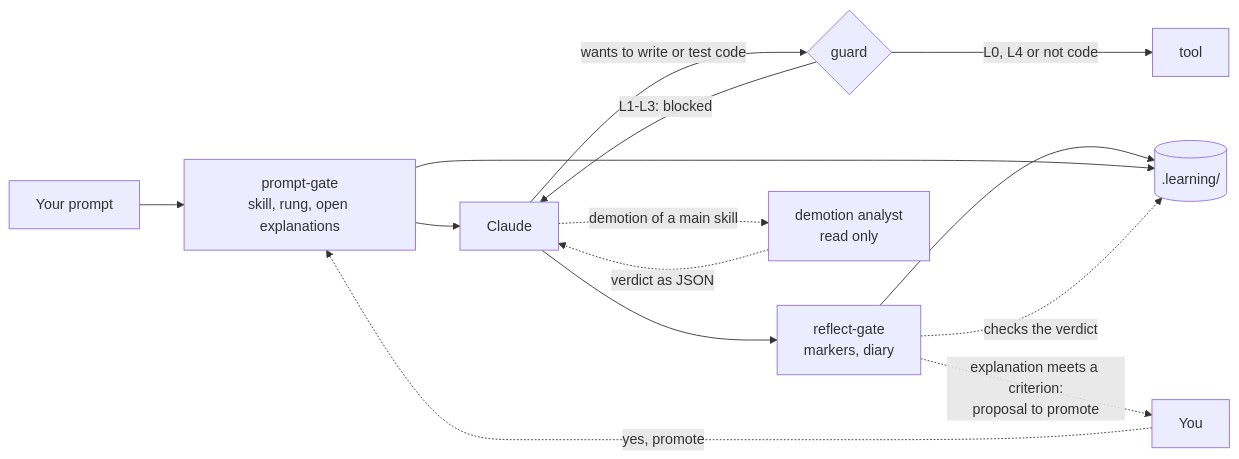
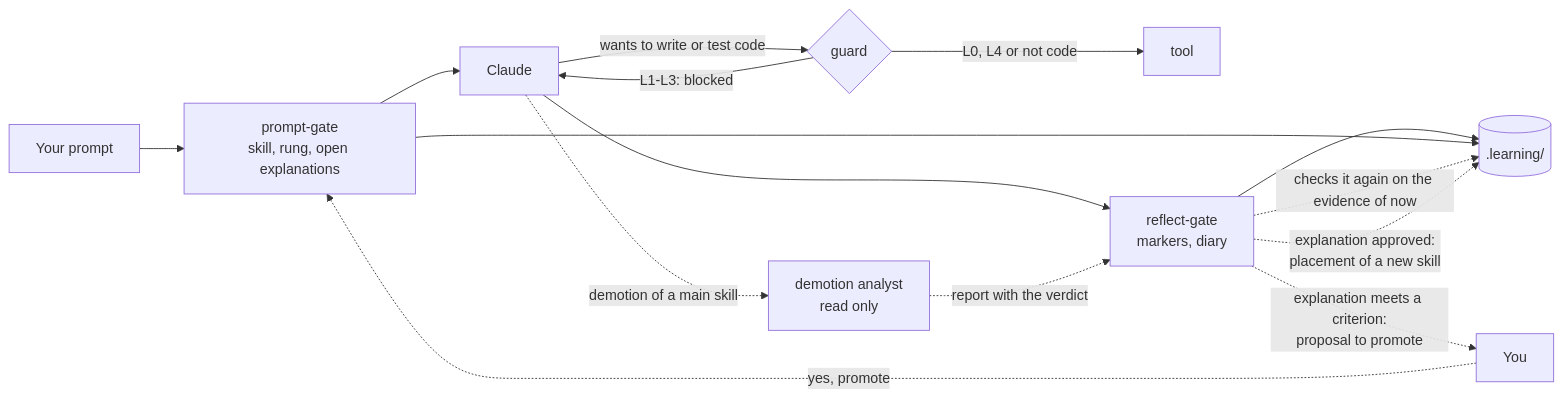
Before and after one commit to piethanegraaf/piethanegraaf.github.io: the diagram in docs/en/how-it-works.md, drawn with Mermaid. The commit also changed other lines of this file and 9 other files, not shown here.

````diff
--- a/docs/en/how-it-works.md
+++ b/docs/en/how-it-works.md
@@ -9,16 +9,17 @@
 ```mermaid
 flowchart LR
   P[Your prompt] --> G1[prompt-gate<br/>skill, rung, open explanations]
   G1 --> C[Claude]
   C -->|wants to write or test code| G2{guard}
   G2 -->|L1-L3: blocked| C
   G2 -->|L0, L4 or not code| T[tool]
   C --> S[reflect-gate<br/>markers, diary]
   S --> R[(.learning/)]
   G1 --> R
   C -.->|demotion of a main skill| A[demotion analyst<br/>read only]
-  A -.->|verdict as JSON| C
-  S -.->|checks the verdict| R
+  A -.->|report with the verdict| S
+  S -.->|checks it again on the evidence of now| R
+  S -.->|explanation approved:<br/>placement of a new skill| R
   S -.->|explanation meets a criterion:<br/>proposal to promote| Y[You]
   Y -.->|yes, promote| G1
 ```
````
